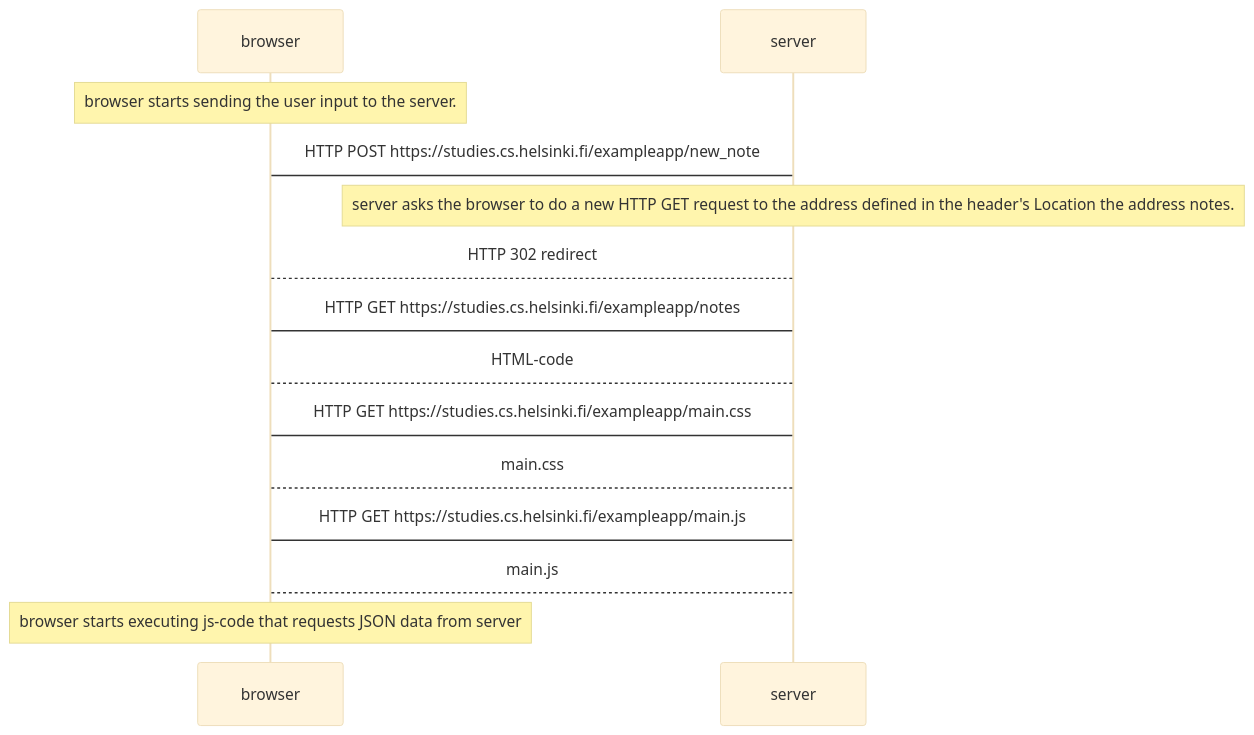
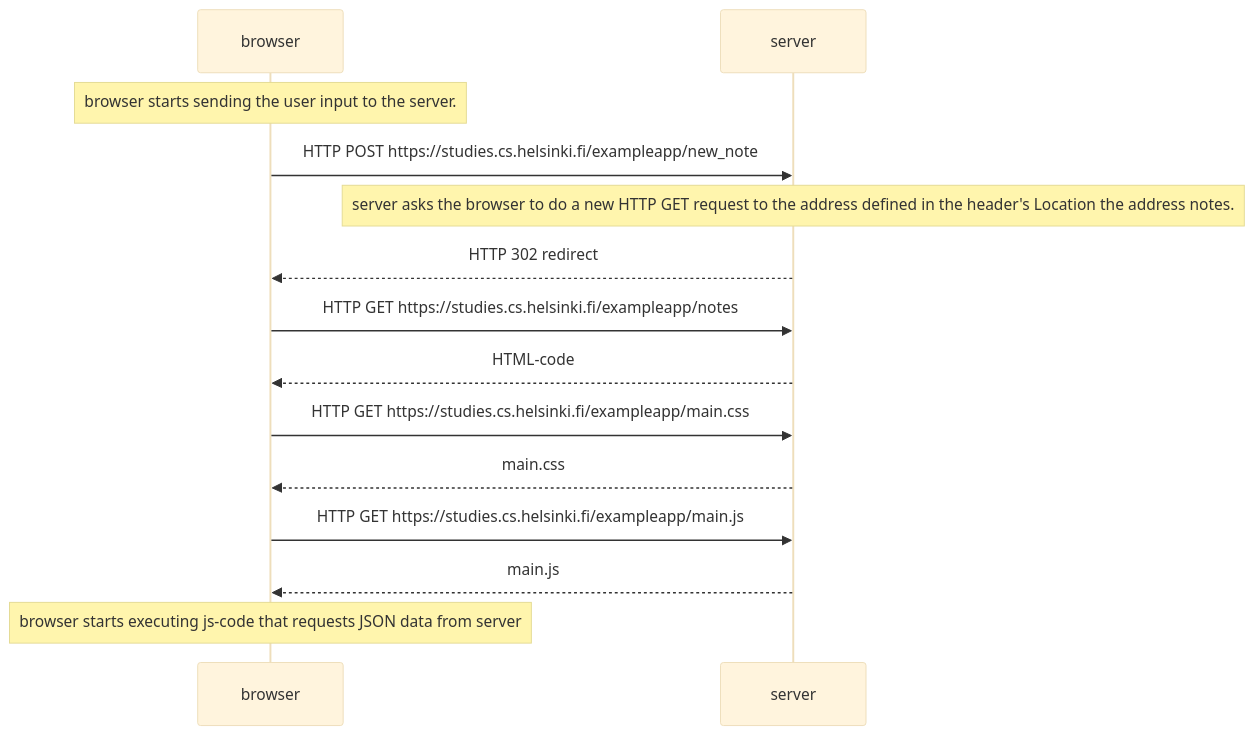
The diagram in part0/0.4.md (saulgmx/fullstack-open), drawn with Mermaid (base theme) before and after one commit.

Commit message:
Add arrow

````diff
--- a/part0/0.4.md
+++ b/part0/0.4.md
@@ -1,16 +1,16 @@
 ```mermaid
 sequenceDiagram
     participant browser
     participant server
     Note over browser: browser starts sending the user input to the server.
-    browser->server: HTTP POST https://studies.cs.helsinki.fi/exampleapp/new_note
+    browser->>server: HTTP POST https://studies.cs.helsinki.fi/exampleapp/new_note
     Note over server: server asks the browser to do a new HTTP GET request to the address defined in the header's Location the address notes.
-    server-->browser: HTTP 302 redirect
-    browser->server: HTTP GET https://studies.cs.helsinki.fi/exampleapp/notes
-    server-->browser: HTML-code
-    browser->server: HTTP GET https://studies.cs.helsinki.fi/exampleapp/main.css
-    server-->browser: main.css
-    browser->server: HTTP GET https://studies.cs.helsinki.fi/exampleapp/main.js
-    server-->browser: main.js
+    server-->>browser: HTTP 302 redirect
+    browser->>server: HTTP GET https://studies.cs.helsinki.fi/exampleapp/notes
+    server-->>browser: HTML-code
+    browser->>server: HTTP GET https://studies.cs.helsinki.fi/exampleapp/main.css
+    server-->>browser: main.css
+    browser->>server: HTTP GET https://studies.cs.helsinki.fi/exampleapp/main.js
+    server-->>browser: main.js
     Note over browser: browser starts executing js-code that requests JSON data from server
 ```
````
